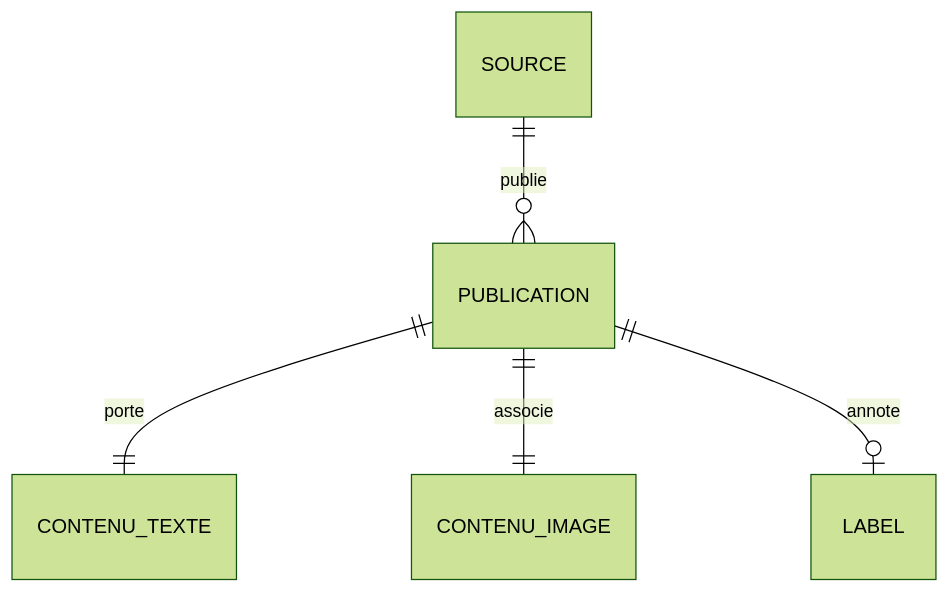
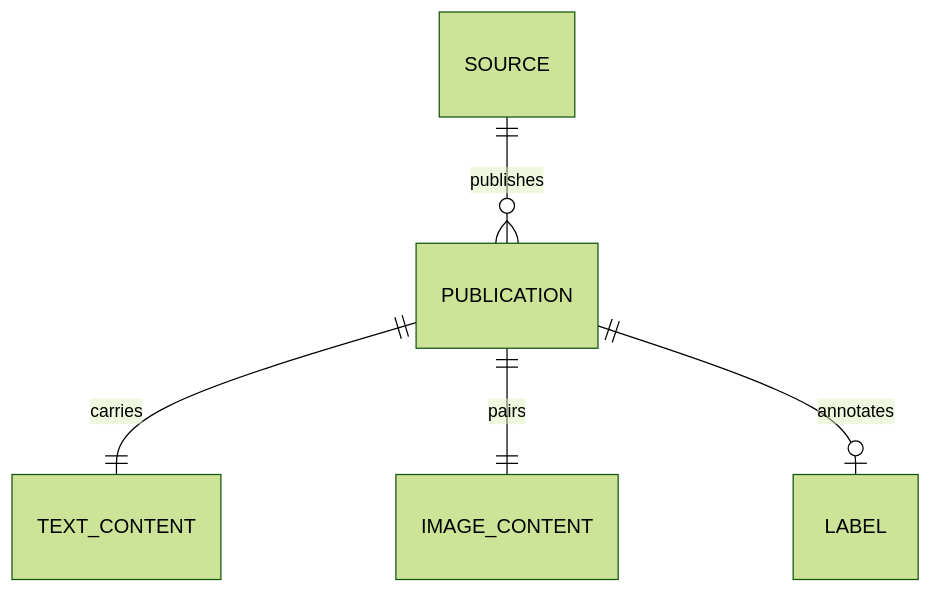
Before and after one commit to BenoitJT-GIRARD/lab-multimodal-etl-airflow: the diagram in docs/data_schema.md, drawn with Mermaid (forest theme). The commit also changed other lines of this file and 37 other files, not shown here.

````diff
--- a/docs/data_schema.md
+++ b/docs/data_schema.md
@@ -15,7 +15,7 @@
 ```mermaid
 erDiagram
-    SOURCE ||--o{ PUBLICATION : publie
-    PUBLICATION ||--|| CONTENU_TEXTE : porte
-    PUBLICATION ||--|| CONTENU_IMAGE : associe
-    PUBLICATION ||--o| LABEL : annote
+    SOURCE ||--o{ PUBLICATION : publishes
+    PUBLICATION ||--|| TEXT_CONTENT : carries
+    PUBLICATION ||--|| IMAGE_CONTENT : pairs
+    PUBLICATION ||--o| LABEL : annotates
 ```
````
